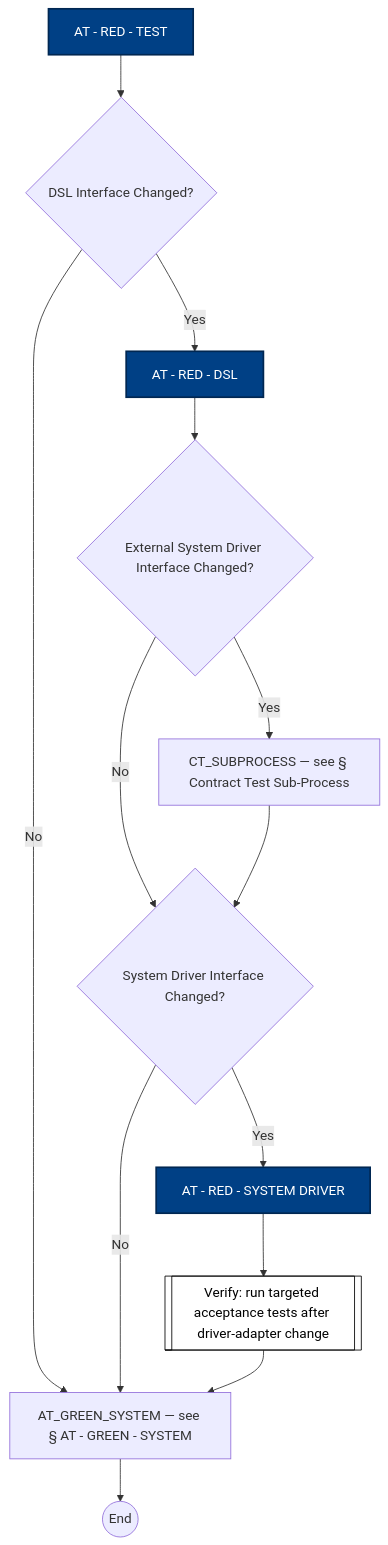
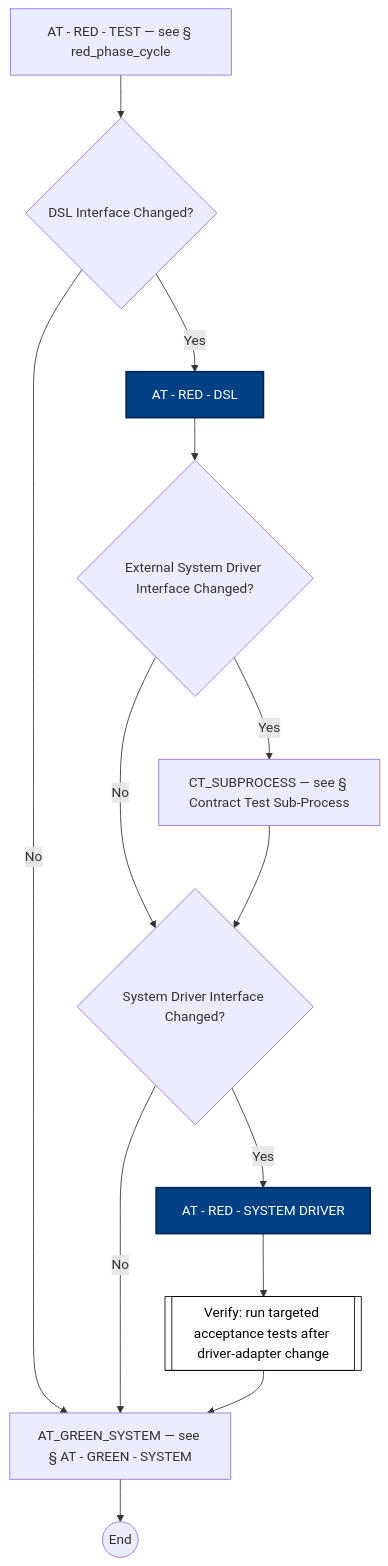
The fifth of 13 diagrams in docs/process-diagram.md (optivem/gh-optivem), drawn with Mermaid before and after one commit. The commit also changed other lines of this file and 14 other files, not shown here.

````diff
--- a/docs/process-diagram.md
+++ b/docs/process-diagram.md
@@ -113,32 +113,32 @@
 ```mermaid
 flowchart TD
     AT_END((End))
     AT_GREEN_SYSTEM[AT_GREEN_SYSTEM — see § AT - GREEN - SYSTEM]
     AT_RED_DSL[AT - RED - DSL]
     AT_RED_SYSTEM_DRIVER[AT - RED - SYSTEM DRIVER]
-    AT_RED_TEST[AT - RED - TEST]
+    AT_RED_TEST[AT - RED - TEST — see § red_phase_cycle]
     CT_SUBPROCESS[CT_SUBPROCESS — see § Contract Test Sub-Process]
     GATE_DSL_AT{DSL Interface Changed?}
     GATE_EXT_AT{External System Driver Interface Changed?}
     GATE_SYS_AT{System Driver Interface Changed?}
     VERIFY_AT_DRIVER[[Verify: run targeted acceptance tests after driver-adapter change]]
 
     AT_RED_TEST --> GATE_DSL_AT
     GATE_DSL_AT -- No --> AT_GREEN_SYSTEM
     GATE_DSL_AT -- Yes --> AT_RED_DSL
     AT_RED_DSL --> GATE_EXT_AT
     GATE_EXT_AT -- Yes --> CT_SUBPROCESS
     GATE_EXT_AT -- No --> GATE_SYS_AT
     CT_SUBPROCESS --> GATE_SYS_AT
     GATE_SYS_AT -- Yes --> AT_RED_SYSTEM_DRIVER
     GATE_SYS_AT -- No --> AT_GREEN_SYSTEM
     AT_RED_SYSTEM_DRIVER --> VERIFY_AT_DRIVER
     VERIFY_AT_DRIVER --> AT_GREEN_SYSTEM
     AT_GREEN_SYSTEM --> AT_END
 
     classDef serviceNode fill:#ffffff,stroke:#000000,stroke-width:1px,color:#000000
     class VERIFY_AT_DRIVER serviceNode
 
     classDef agentNode fill:#004085,stroke:#002752,stroke-width:2px,color:#ffffff
-    class AT_RED_DSL,AT_RED_SYSTEM_DRIVER,AT_RED_TEST agentNode
+    class AT_RED_DSL,AT_RED_SYSTEM_DRIVER agentNode
 ```
````
